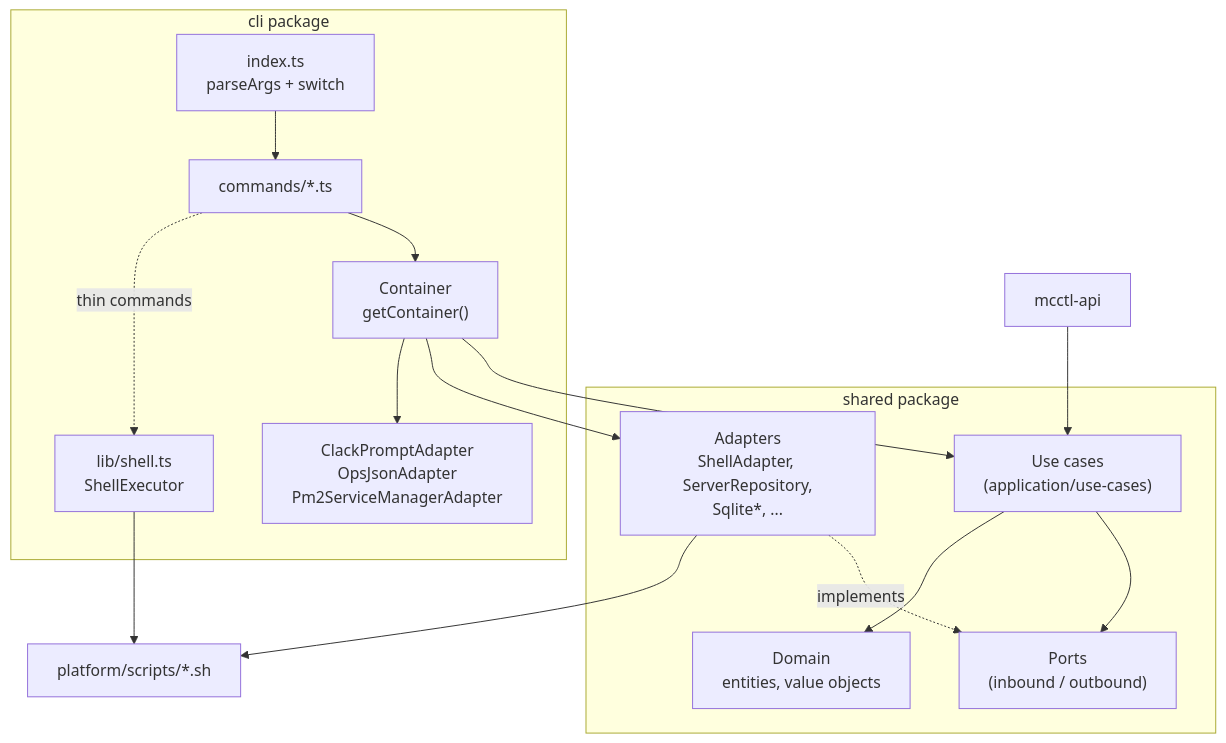
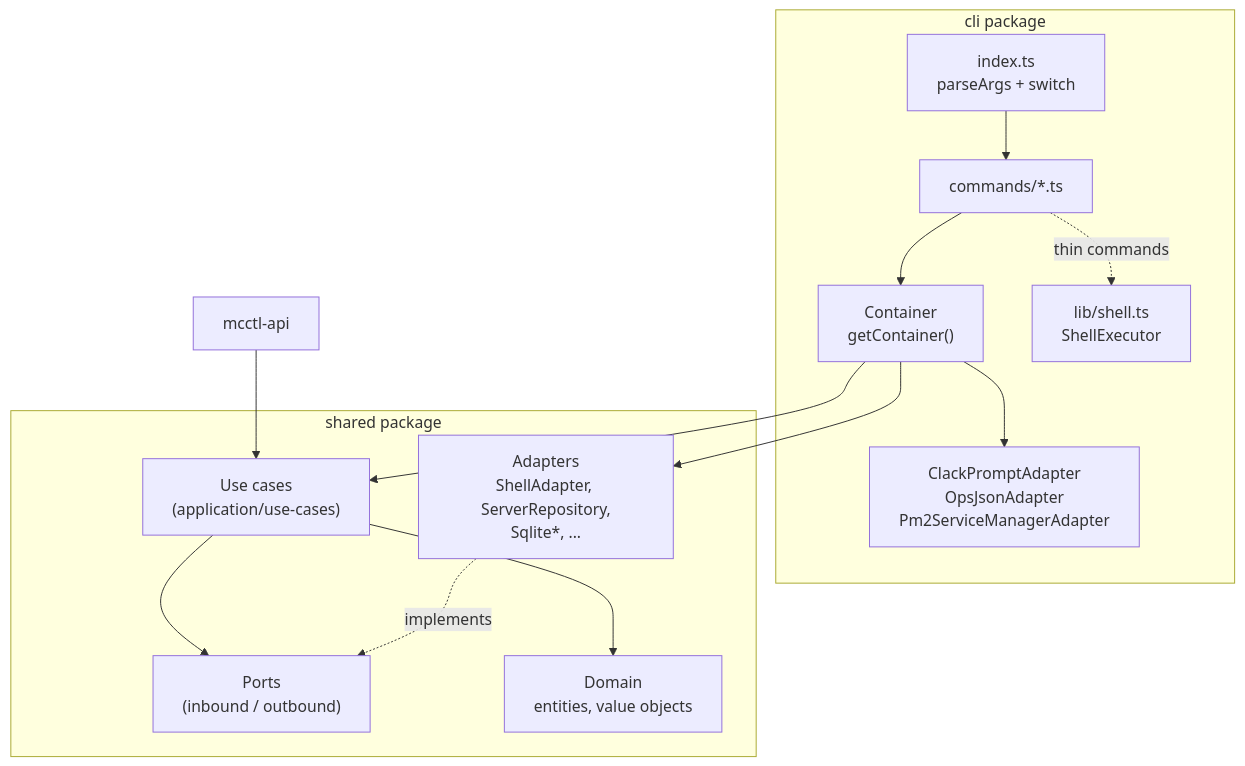
One commit to smallmiro/minecraft-server-manager changed the diagram in docs/development/cli-architecture.ko.md. Above: the diagram before and after it, drawn with Mermaid. The commit also changed other lines of this file and 11 other files, not shown here.

````diff
--- a/docs/development/cli-architecture.ko.md
+++ b/docs/development/cli-architecture.ko.md
@@ -40,20 +40,18 @@
 ```mermaid
 flowchart TB
     subgraph CLI["cli package"]
         IDX["index.ts<br/>parseArgs + switch"] --> CMD["commands/*.ts"]
         CMD --> DI["Container<br/>getContainer()"]
         CMD -.thin commands.-> SH["lib/shell.ts<br/>ShellExecutor"]
         CLIAD["ClackPromptAdapter<br/>OpsJsonAdapter<br/>Pm2ServiceManagerAdapter"]
     end
     subgraph SHARED["shared package"]
         UC["Use cases<br/>(application/use-cases)"] --> PORTS["Ports<br/>(inbound / outbound)"]
         ADP["Adapters<br/>ShellAdapter, ServerRepository,<br/>Sqlite*, ..."] -.implements.-> PORTS
         UC --> DOM["Domain<br/>entities, value objects"]
     end
     API["mcctl-api"] --> UC
     DI --> UC
     DI --> ADP
     DI --> CLIAD
-    SH --> BASH["platform/scripts/*.sh"]
-    ADP --> BASH
 ```
````
